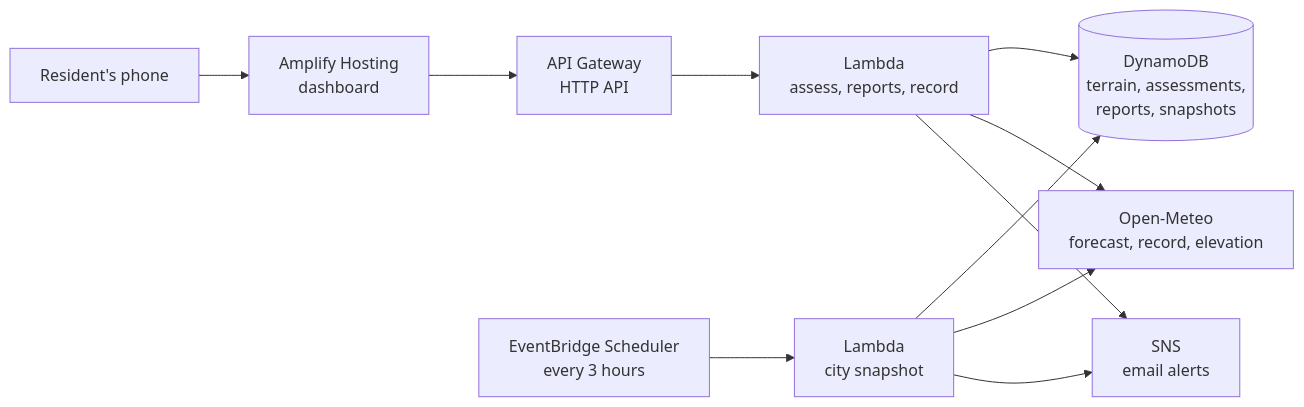
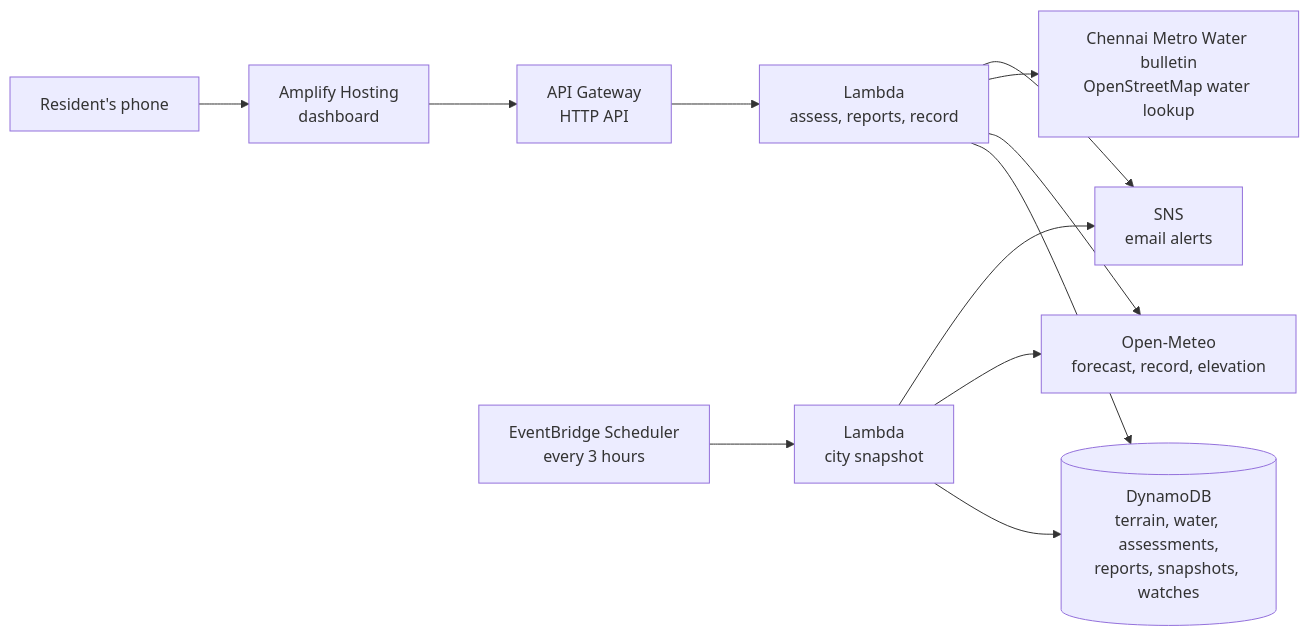
One commit to gowtham472/vellam changed the diagram in README.md. Above: the diagram before and after it, drawn with Mermaid. The commit also changed other lines of this file, not shown here.

````diff
--- a/README.md
+++ b/README.md
@@ -123,13 +163,14 @@
 ```mermaid
 flowchart LR
   R[Resident's phone] --> A[Amplify Hosting<br/>dashboard]
   A --> G[API Gateway<br/>HTTP API]
   G --> L[Lambda<br/>assess, reports, record]
-  L --> D[(DynamoDB<br/>terrain, assessments,<br/>reports, snapshots)]
+  L --> D[(DynamoDB<br/>terrain, water, assessments,<br/>reports, snapshots, watches)]
   L --> O[Open-Meteo<br/>forecast, record, elevation]
+  L --> W[Chennai Metro Water bulletin<br/>OpenStreetMap water lookup]
   S[EventBridge Scheduler<br/>every 3 hours] --> N[Lambda<br/>city snapshot]
   N --> D
   N --> O
   N --> T[SNS<br/>email alerts]
   L --> T
 ```
````
